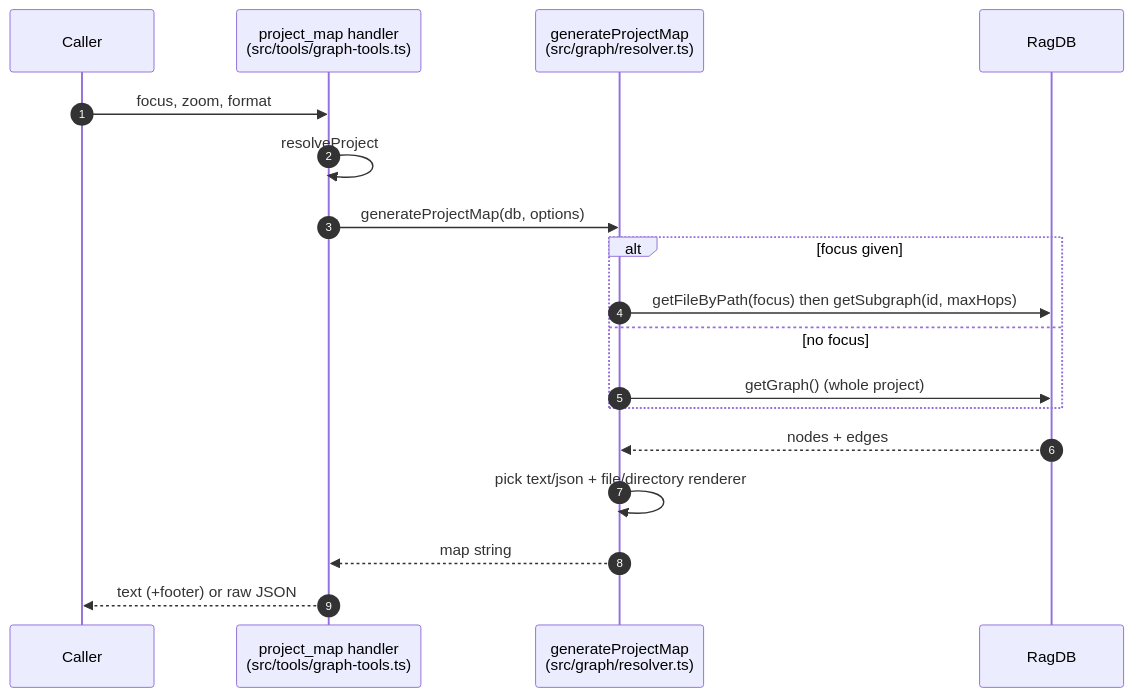
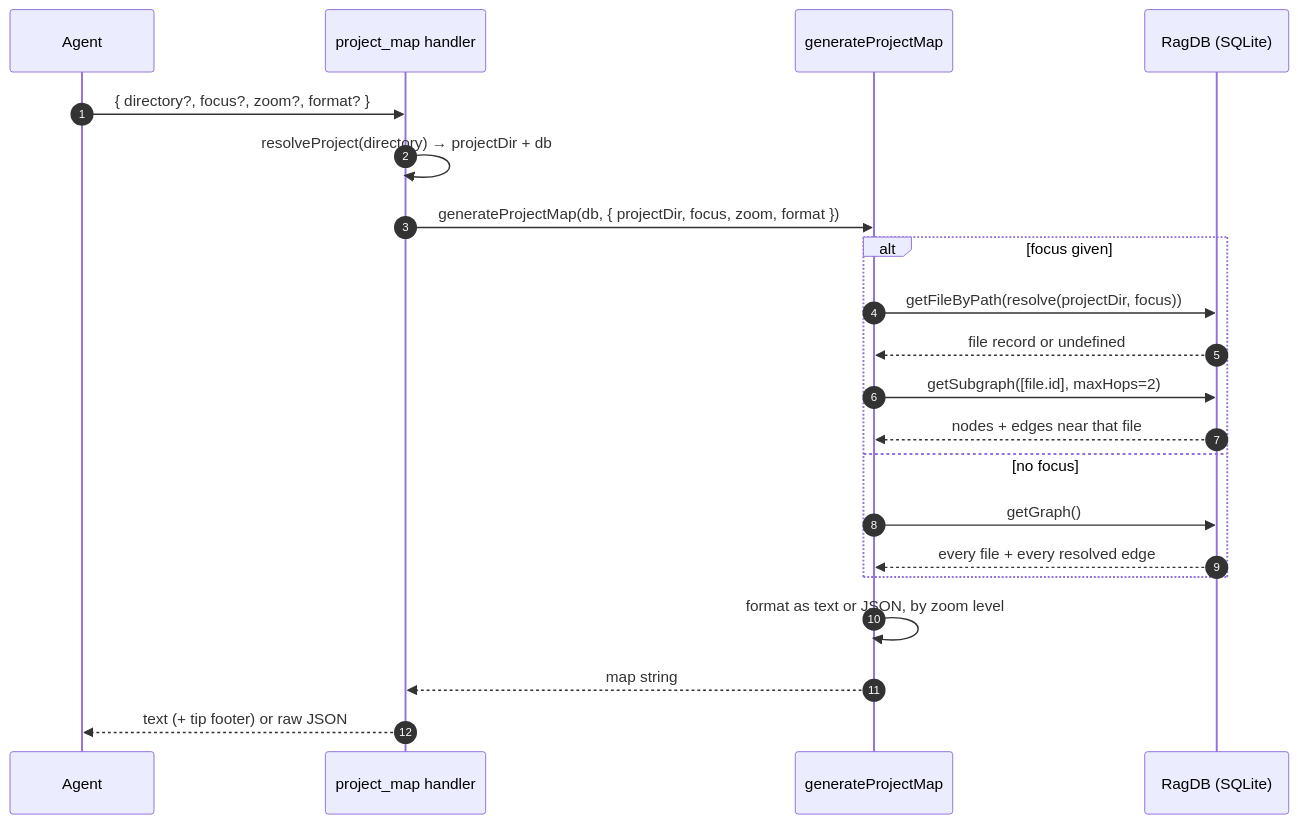
Before and after one commit to TheWinci/mimirs: the diagram in wiki/tools/project-map.md, drawn with Mermaid. The commit also changed other lines of this file and 51 other files, not shown here.

````diff
--- a/wiki/tools/project-map.md
+++ b/wiki/tools/project-map.md
@@ -33,20 +21,24 @@
 ```mermaid
 sequenceDiagram
-  autonumber
-  participant Caller
-  participant Handler as project_map handler<br>(src/tools/graph-tools.ts)
-  participant Gen as generateProjectMap<br>(src/graph/resolver.ts)
-  participant DB as RagDB
-  Caller->>Handler: focus, zoom, format
-  Handler->>Handler: resolveProject
-  Handler->>Gen: generateProjectMap(db, options)
-  alt focus given
-    Gen->>DB: getFileByPath(focus) then getSubgraph(id, maxHops)
-  else no focus
-    Gen->>DB: getGraph() (whole project)
-  end
-  DB-->>Gen: nodes + edges
-  Gen->>Gen: pick text/json + file/directory renderer
-  Gen-->>Handler: map string
-  Handler-->>Caller: text (+footer) or raw JSON
+    autonumber
+    participant Agent
+    participant Tool as project_map handler
+    participant Resolver as generateProjectMap
+    participant DB as RagDB (SQLite)
+
+    Agent->>Tool: { directory?, focus?, zoom?, format? }
+    Tool->>Tool: resolveProject(directory) → projectDir + db
+    Tool->>Resolver: generateProjectMap(db, { projectDir, focus, zoom, format })
+    alt focus given
+        Resolver->>DB: getFileByPath(resolve(projectDir, focus))
+        DB-->>Resolver: file record or undefined
+        Resolver->>DB: getSubgraph([file.id], maxHops=2)
+        DB-->>Resolver: nodes + edges near that file
+    else no focus
+        Resolver->>DB: getGraph()
+        DB-->>Resolver: every file + every resolved edge
+    end
+    Resolver->>Resolver: format as text or JSON, by zoom level
+    Resolver-->>Tool: map string
+    Tool-->>Agent: text (+ tip footer) or raw JSON
 ```
````
